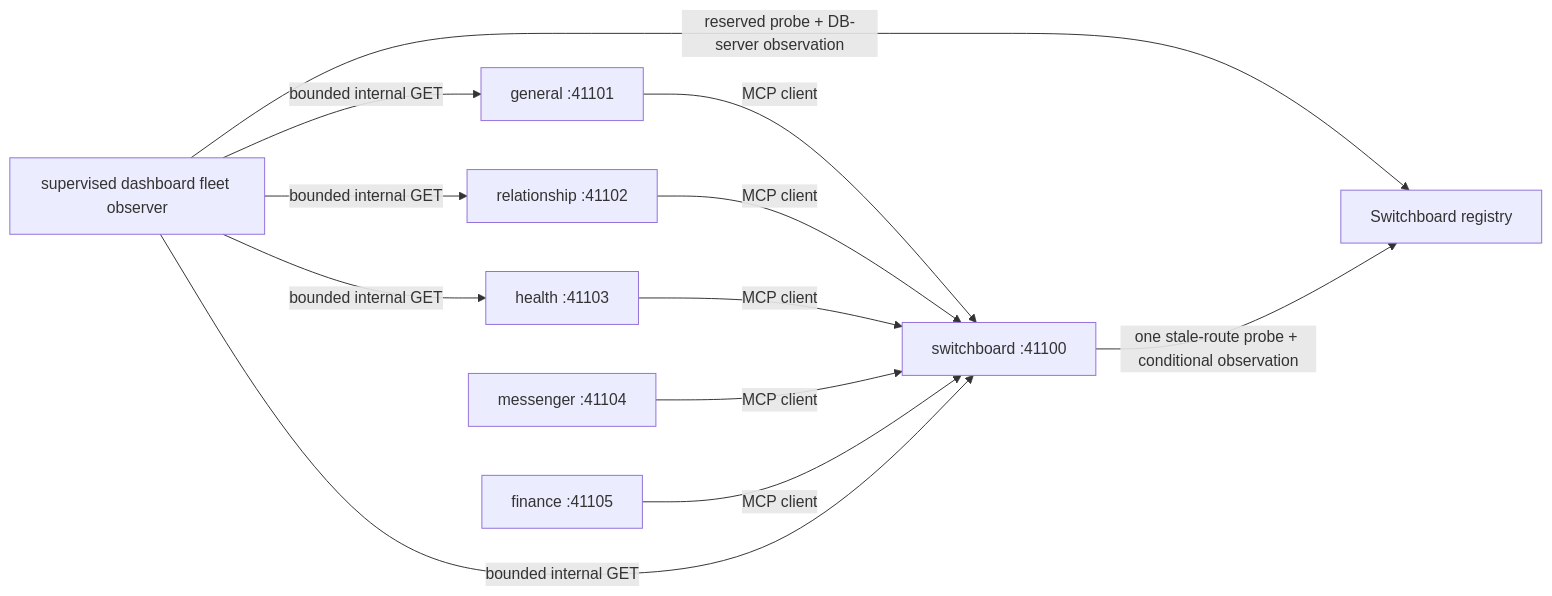
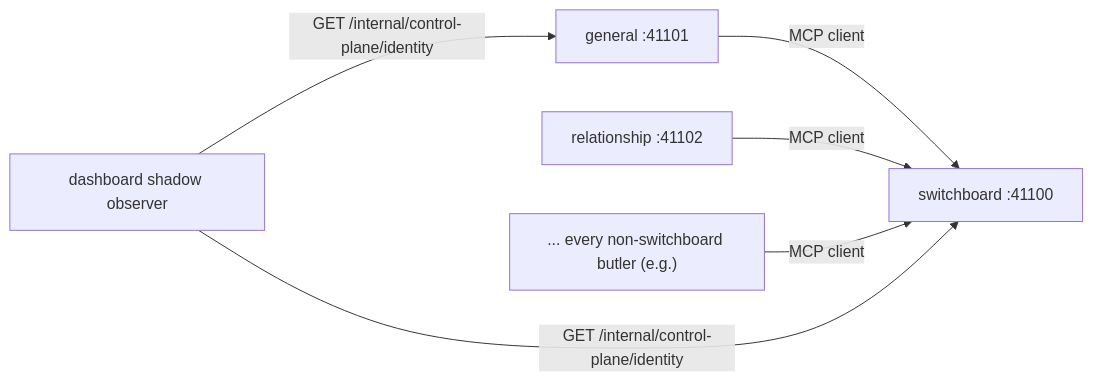
The first of 3 diagrams in about/lay-and-land/dependencies.md (tzeusy-org/butlers), drawn with Mermaid before and after one commit. The commit also changed other lines of this file and 56 other files, not shown here.

````diff
--- a/about/lay-and-land/dependencies.md
+++ b/about/lay-and-land/dependencies.md
@@ -45,15 +23,8 @@
 ```mermaid
 graph LR
     GEN["general :41101"] -- "MCP client" --> SW["switchboard :41100"]
     REL["relationship :41102"] -- "MCP client" --> SW
-    HLT["health :41103"] -- "MCP client" --> SW
-    MSG["messenger :41104"] -- "MCP client" --> SW
-    FIN["finance :41105"] -- "MCP client" --> SW
-
-    OBS["supervised dashboard fleet observer"] -- "bounded internal GET" --> GEN
-    OBS -- "bounded internal GET" --> REL
-    OBS -- "bounded internal GET" --> HLT
-    OBS -- "bounded internal GET" --> SW
-    OBS -- "reserved probe + DB-server observation" --> REG["Switchboard registry"]
-    SW -- "one stale-route probe + conditional observation" --> REG
+    OTHER["... every non-switchboard butler (e.g.)"] -- "MCP client" --> SW
+    OBS["dashboard shadow observer"] -- "GET /internal/control-plane/identity" --> GEN
+    OBS -- "GET /internal/control-plane/identity" --> SW
 ```
````
